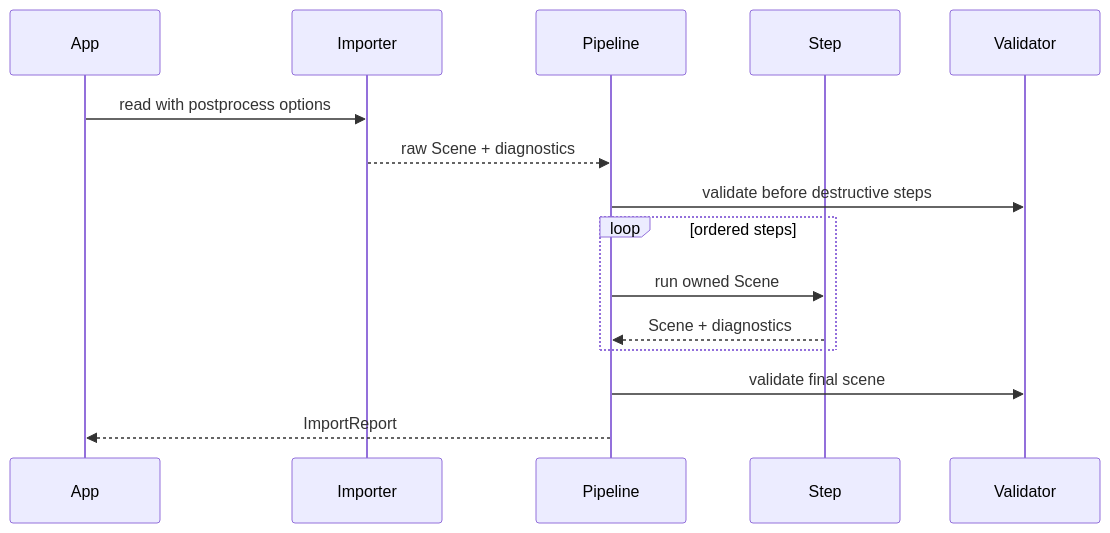
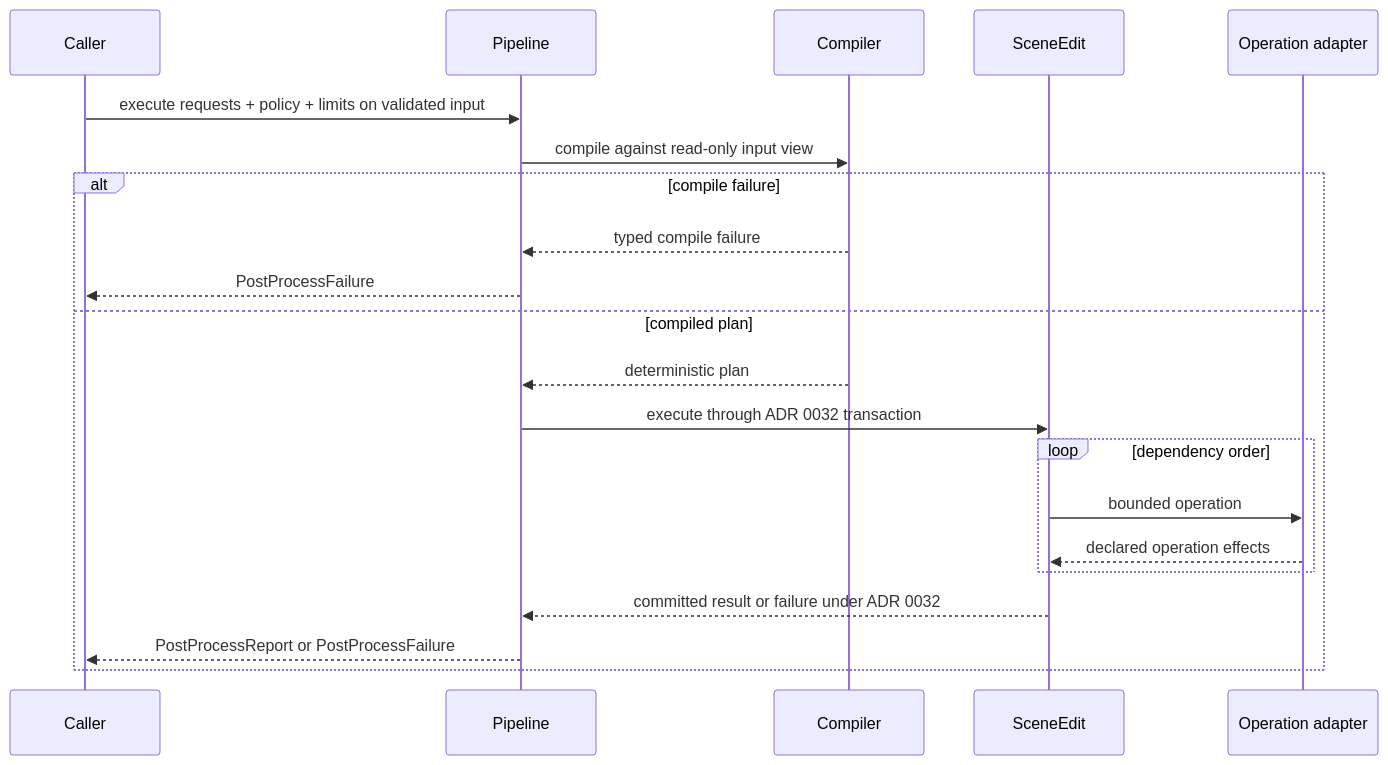
One commit to Latias94/baozi changed the second of 2 diagrams in docs/adr/0013-post-process-pipeline-semantics-presets-and-mutation-model.md. Above: the diagram before and after it, drawn with Mermaid. The commit also changed other lines of this file and 86 other files, not shown here.

First line of the commit message:
feat(architecture): establish canonical contract authority

````diff
--- a/docs/adr/0013-post-process-pipeline-semantics-presets-and-mutation-model.md
+++ b/docs/adr/0013-post-process-pipeline-semantics-presets-and-mutation-model.md
@@ -44,18 +120,24 @@
 ```mermaid
 sequenceDiagram
-    participant App
-    participant Importer
+    participant Caller
     participant Pipeline
-    participant Step
-    participant Validator
+    participant Compiler
+    participant Edit as SceneEdit
+    participant Step as Operation adapter
 
-    App->>Importer: read with postprocess options
-    Importer-->>Pipeline: raw Scene + diagnostics
-    Pipeline->>Validator: validate before destructive steps
-    loop ordered steps
-        Pipeline->>Step: run owned Scene
-        Step-->>Pipeline: Scene + diagnostics
+    Caller->>Pipeline: execute requests + policy + limits on validated input
+    Pipeline->>Compiler: compile against read-only input view
+    alt compile failure
+        Compiler-->>Pipeline: typed compile failure
+        Pipeline-->>Caller: PostProcessFailure
+    else compiled plan
+        Compiler-->>Pipeline: deterministic plan
+        Pipeline->>Edit: execute through ADR 0032 transaction
+        loop dependency order
+            Edit->>Step: bounded operation
+            Step-->>Edit: declared operation effects
+        end
+        Edit-->>Pipeline: committed result or failure under ADR 0032
+        Pipeline-->>Caller: PostProcessReport or PostProcessFailure
     end
-    Pipeline->>Validator: validate final scene
-    Pipeline-->>App: ImportReport
 ```
````
